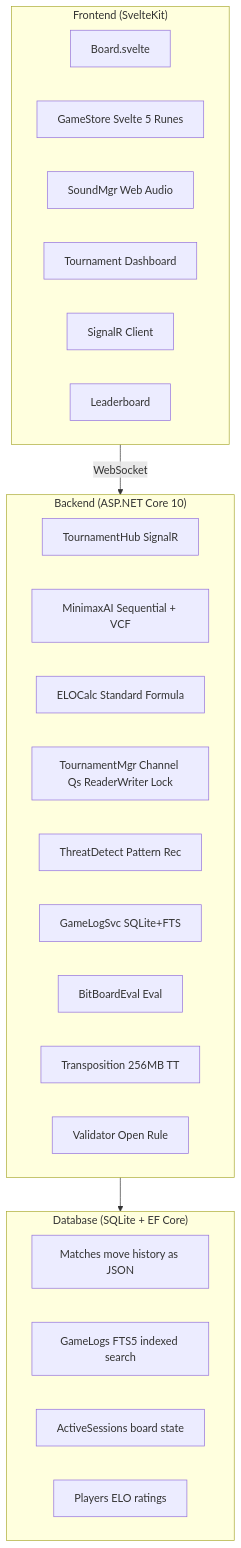
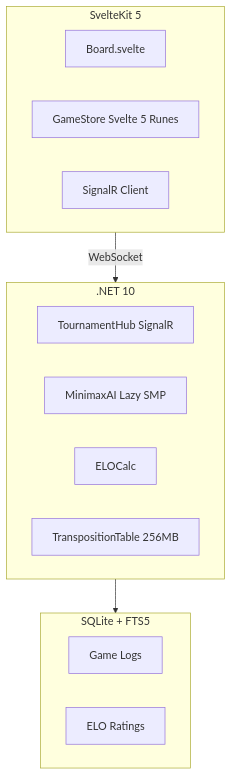
One commit to lavantien/caro-ai-pvp changed the diagram in README.md. Above: the diagram before and after it, drawn with Mermaid. The commit also changed other lines of this file, not shown here.

````diff
--- a/README.md
+++ b/README.md
@@ -699,33 +61,23 @@
 ```mermaid
 graph TB
-    subgraph Frontend["Frontend (SvelteKit)"]
+    subgraph Frontend["SvelteKit 5"]
         F1[Board.svelte]
         F2[GameStore Svelte 5 Runes]
-        F3[SoundMgr Web Audio]
-        F4[Tournament Dashboard]
-        F5[SignalR Client]
-        F6[Leaderboard]
+        F3[SignalR Client]
     end
 
-    subgraph Backend["Backend (ASP.NET Core 10)"]
+    subgraph Backend[".NET 10"]
         B1[TournamentHub SignalR]
-        B2[MinimaxAI Sequential + VCF]
-        B3[ELOCalc Standard Formula]
-        B4[TournamentMgr Channel Qs ReaderWriter Lock]
-        B5[ThreatDetect Pattern Rec]
-        B6[GameLogSvc SQLite+FTS]
-        B7[BitBoardEval Eval]
-        B8[Transposition 256MB TT]
-        B9[Validator Open Rule]
+        B2[MinimaxAI Lazy SMP]
+        B3[ELOCalc]
+        B4[TranspositionTable 256MB]
     end
 
-    subgraph Database["Database (SQLite + EF Core)"]
-        D1[Matches move history as JSON]
-        D2[GameLogs FTS5 indexed search]
-        D3[ActiveSessions board state]
-        D4[Players ELO ratings]
+    subgraph Database["SQLite + FTS5"]
+        D1[Game Logs]
+        D2[ELO Ratings]
     end
 
     Frontend -->|WebSocket| Backend
     Backend --> Database
 ```
````
